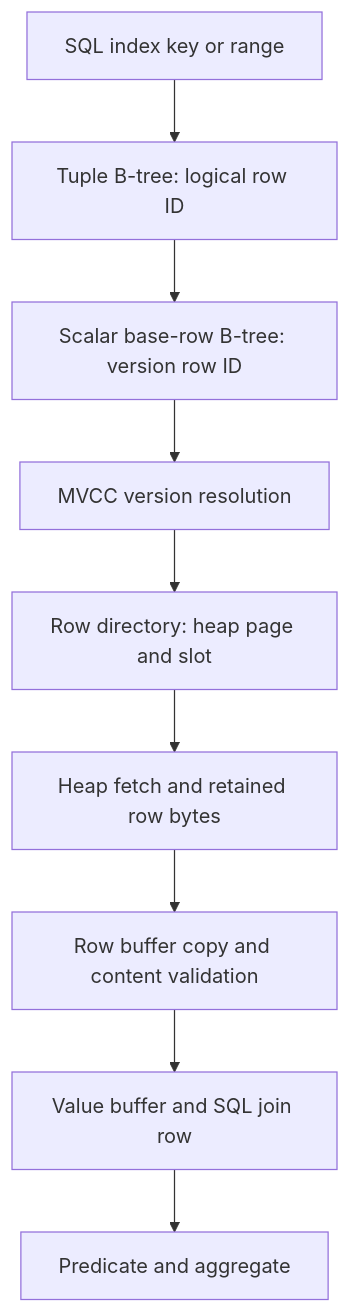
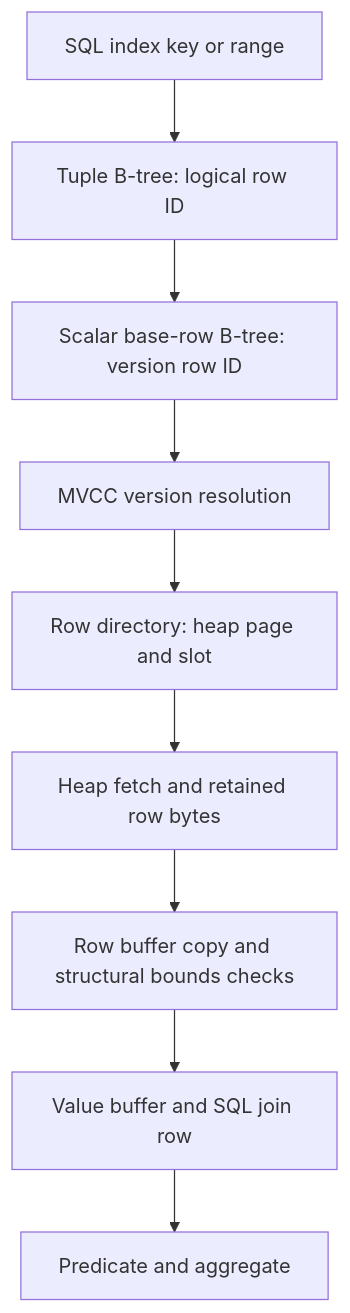
Before and after one commit to blater/river: the diagram in docs/plans/river-indexed-read-work-amplification.md, drawn with Mermaid. The commit also changed other lines of this file and 1 other file, not shown here.

````diff
--- a/docs/plans/river-indexed-read-work-amplification.md
+++ b/docs/plans/river-indexed-read-work-amplification.md
@@ -86,11 +86,11 @@
 ```mermaid
 flowchart TD
   A[SQL index key or range] --> B[Tuple B-tree: logical row ID]
   B --> C[Scalar base-row B-tree: version row ID]
   C --> D[MVCC version resolution]
   D --> E[Row directory: heap page and slot]
   E --> F[Heap fetch and retained row bytes]
-  F --> G[Row buffer copy and content validation]
+  F --> G[Row buffer copy and structural bounds checks]
   G --> H[Value buffer and SQL join row]
   H --> I[Predicate and aggregate]
 ```
````
